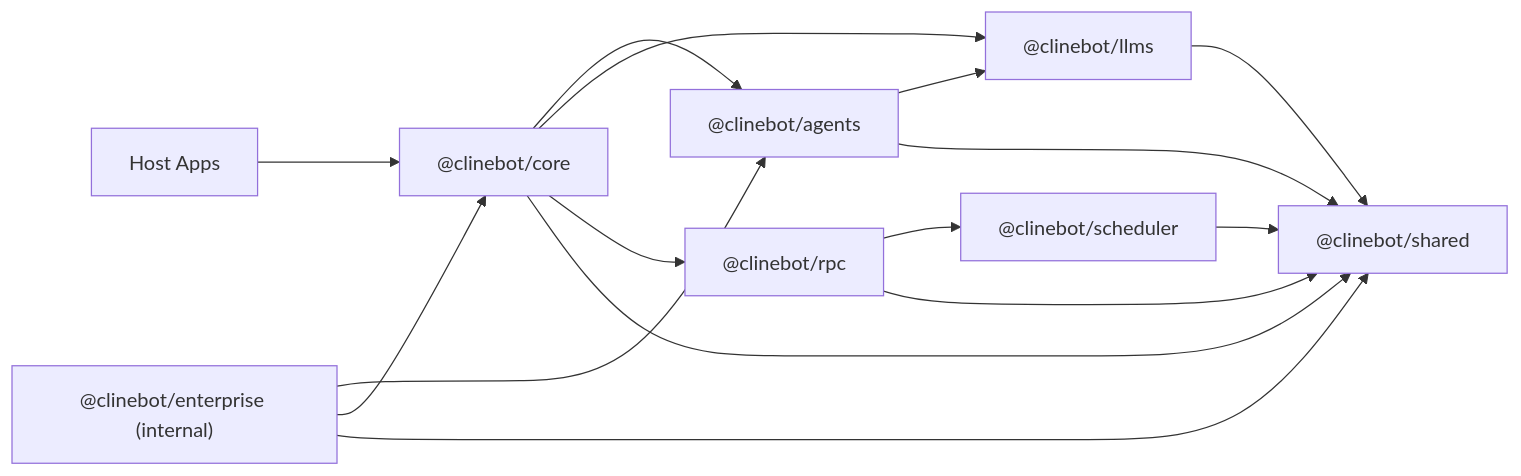
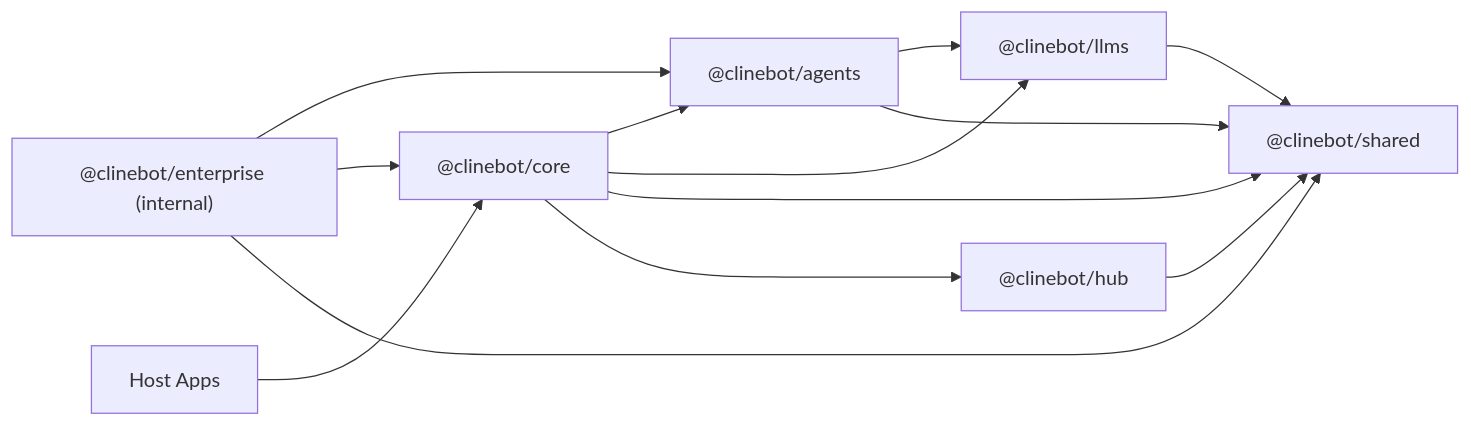
The diagram in sdk/ARCHITECTURE.md (Dastan-Prince/cline-cn), drawn with Mermaid before and after one commit. The commit also changed other lines of this file and 309 other files, not shown here.

````diff
--- a/sdk/ARCHITECTURE.md
+++ b/sdk/ARCHITECTURE.md
@@ -18,26 +18,23 @@
 ```mermaid
 flowchart LR
   shared["@clinebot/shared"]
   llms["@clinebot/llms"]
-  scheduler["@clinebot/scheduler"]
   agents["@clinebot/agents"]
-  rpc["@clinebot/rpc"]
   core["@clinebot/core"]
+  hub["@clinebot/hub"]
   enterprise["@clinebot/enterprise (internal)"]
   apps["Host Apps"]
 
   llms --> shared
-  scheduler --> shared
   agents --> llms
   agents --> shared
-  rpc --> scheduler
-  rpc --> shared
   core --> agents
   core --> llms
-  core --> rpc
   core --> shared
+  hub --> shared
+  core --> hub
   enterprise --> agents
   enterprise --> core
   enterprise --> shared
   apps --> core
 ```
````
